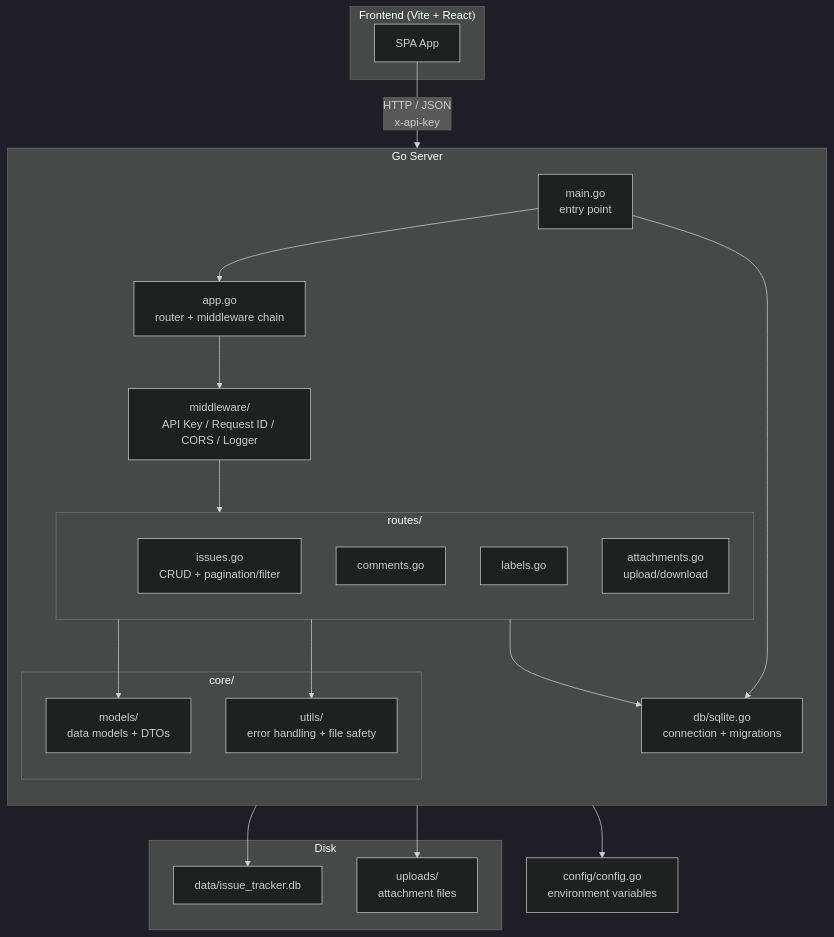
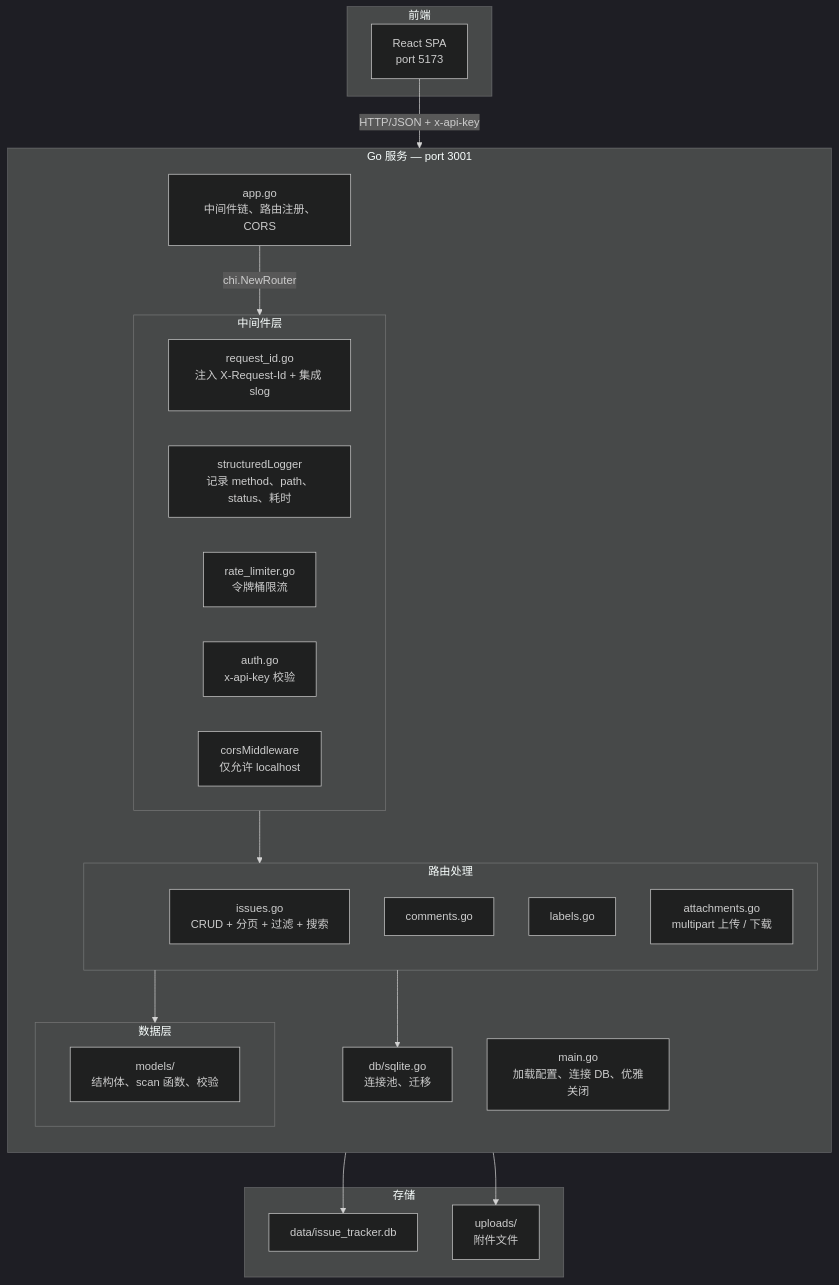
The diagram in projects/server/README.md (FleetingEcho/golang_cookbook), drawn with Mermaid (dark theme) before and after one commit. The commit also changed other lines of this file and 26 other files, not shown here.

Commit message:
feat: rich seed data (110 issues), swagger docs, pagination UI, theme fixes, screenshot

````diff
--- a/projects/server/README.md
+++ b/projects/server/README.md
@@ -18,45 +57,46 @@
 ```mermaid
 flowchart TB
-    subgraph Client["Frontend (Vite + React)"]
-        SPA["SPA App"]
+    subgraph Client["前端"]
+        SPA["React SPA<br/>port 5173"]
     end
 
-    subgraph Server["Go Server"]
+    subgraph Server["Go 服务 — port 3001"]
         direction TB
-        Main["main.go<br/>entry point"]
-        App["app.go<br/>router + middleware chain"]
-        MW["middleware/<br/>API Key / Request ID / CORS / Logger"]
+        Main["main.go<br/>加载配置、连接 DB、优雅关闭"]
+        App["app.go<br/>中间件链、路由注册、CORS"]
 
-        subgraph Routes["routes/"]
-            Issues["issues.go<br/>CRUD + pagination/filter"]
-            Comments["comments.go"]
-            Labels["labels.go"]
-            Attachments["attachments.go<br/>upload/download"]
+        subgraph MW["中间件层"]
+            RID["request_id.go<br/>注入 X-Request-Id + 集成 slog"]
+            LOG["structuredLogger<br/>记录 method、path、status、耗时"]
+            RL["rate_limiter.go<br/>令牌桶限流"]
+            AUTH["auth.go<br/>x-api-key 校验"]
+            CORS["corsMiddleware<br/>仅允许 localhost"]
         end
 
-        subgraph Core["core/"]
-            Models["models/<br/>data models + DTOs"]
-            Utils["utils/<br/>error handling + file safety"]
+        subgraph Routes["路由处理"]
+            I["issues.go<br/>CRUD + 分页 + 过滤 + 搜索"]
+            C["comments.go"]
+            L["labels.go"]
+            AT["attachments.go<br/>multipart 上传 / 下载"]
         end
 
-        DB["db/sqlite.go<br/>connection + migrations"]
+        subgraph Models["数据层"]
+            M["models/<br/>结构体、scan 函数、校验"]
+        end
+
+        DB["db/sqlite.go<br/>连接池、迁移"]
     end
 
-    subgraph Storage["Disk"]
+    subgraph Storage["存储"]
         SQLite["data/issue_tracker.db"]
-        Uploads["uploads/<br/>attachment files"]
+        FS["uploads/<br/>附件文件"]
     end
 
-    Config["config/config.go<br/>environment variables"]
-
-    SPA -->|"HTTP / JSON<br/>x-api-key"| App
-    App --> MW --> Routes
+    SPA -->|HTTP/JSON + x-api-key| App
+    App -->|chi.NewRouter| MW
+    MW --> Routes
     Routes --> Models
-    Routes --> Utils
     Routes --> DB
+    AT --> FS
     DB --> SQLite
-    Attachments --> Uploads
-    Main --> Config
-    Main --> App
-    Main --> DB
 ```
````
